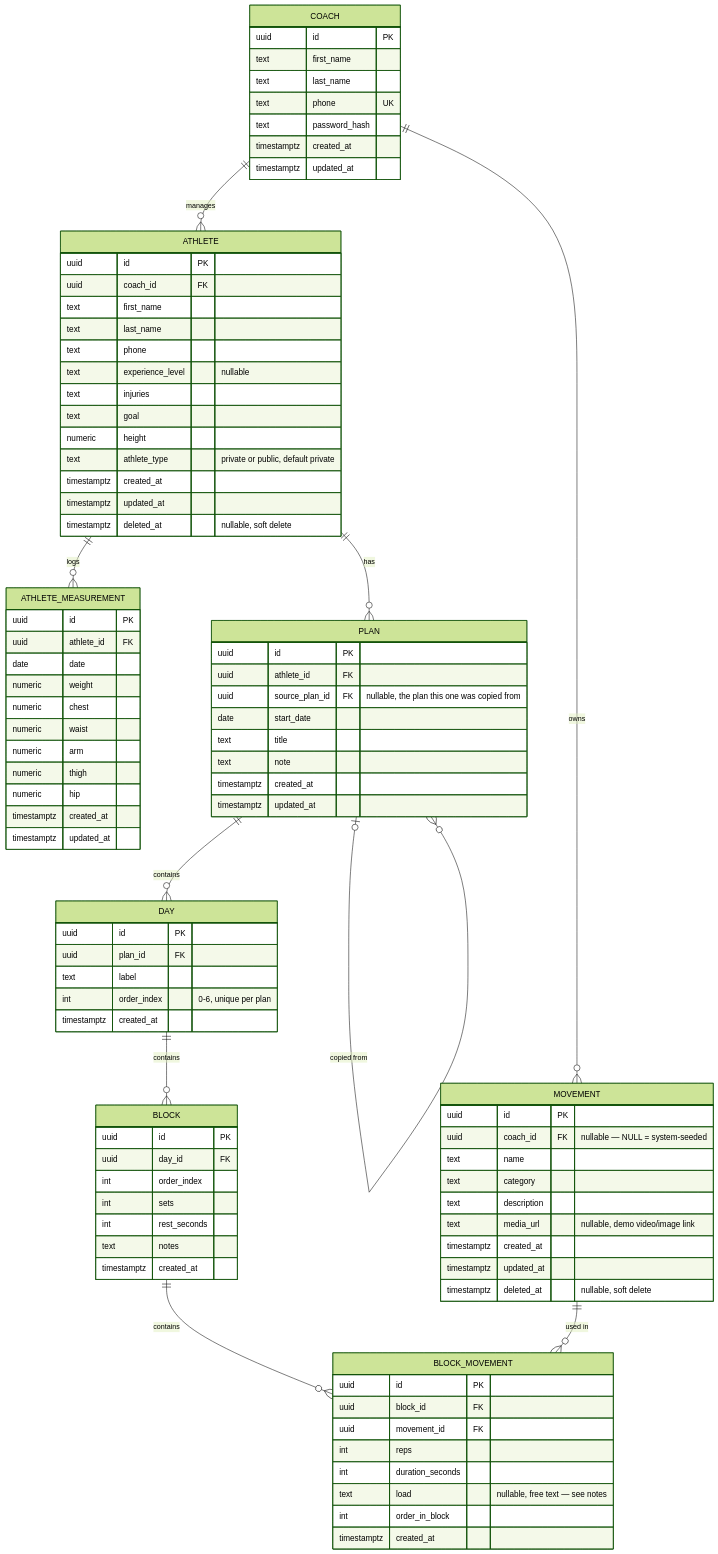
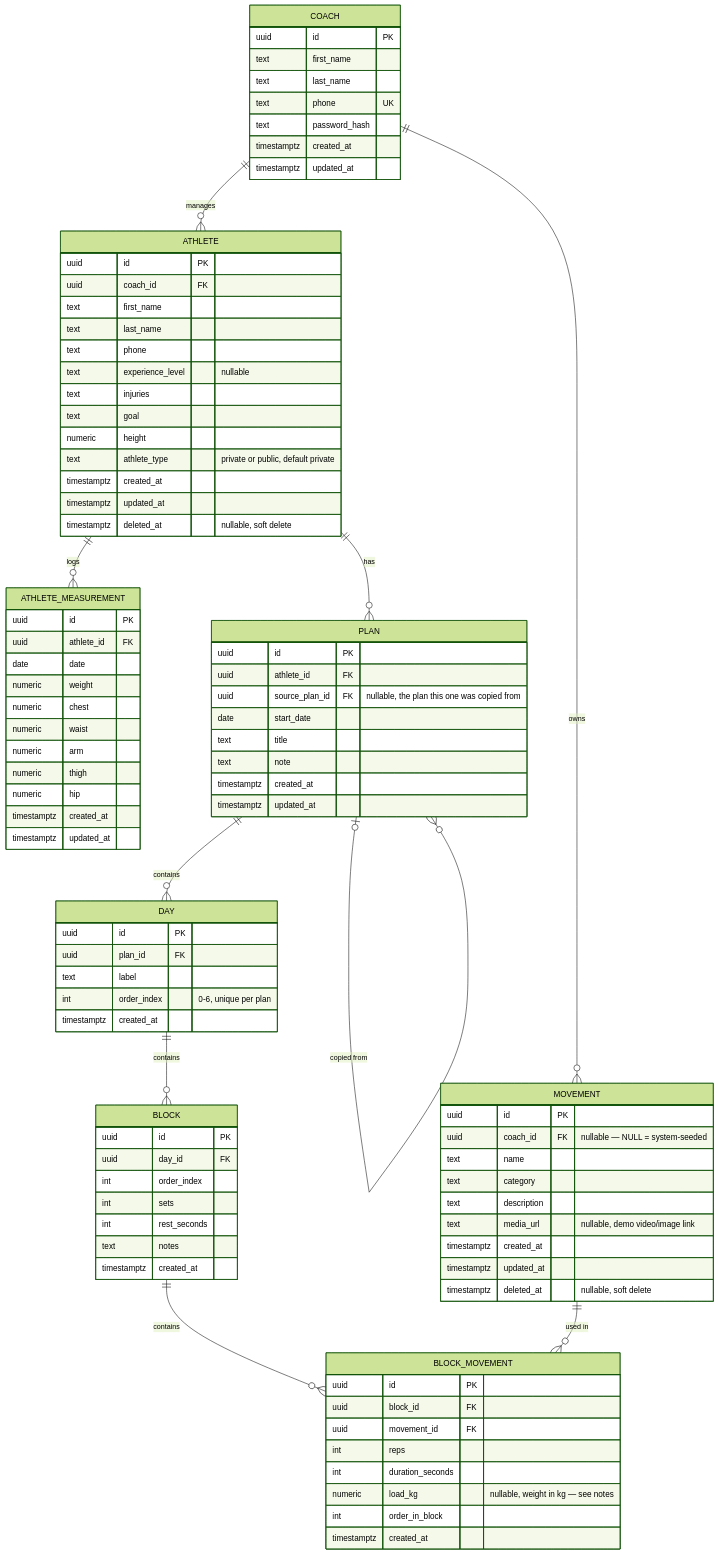
The diagram in docs/er-diagram.md (AbolfazlTayyar/GoGym), drawn with Mermaid (forest theme) before and after one commit. The commit also changed other lines of this file and 14 other files, not shown here.

Commit message:
feat(backend): replace free-text load with a numeric load_kg

```diff
--- a/docs/er-diagram.md
+++ b/docs/er-diagram.md
@@ -94,7 +94,7 @@
         uuid movement_id FK
         int reps
         int duration_seconds
-        text load "nullable, free text — see notes"
+        numeric load_kg "nullable, weight in kg — see notes"
         int order_in_block
         timestamptz created_at
     }
```
